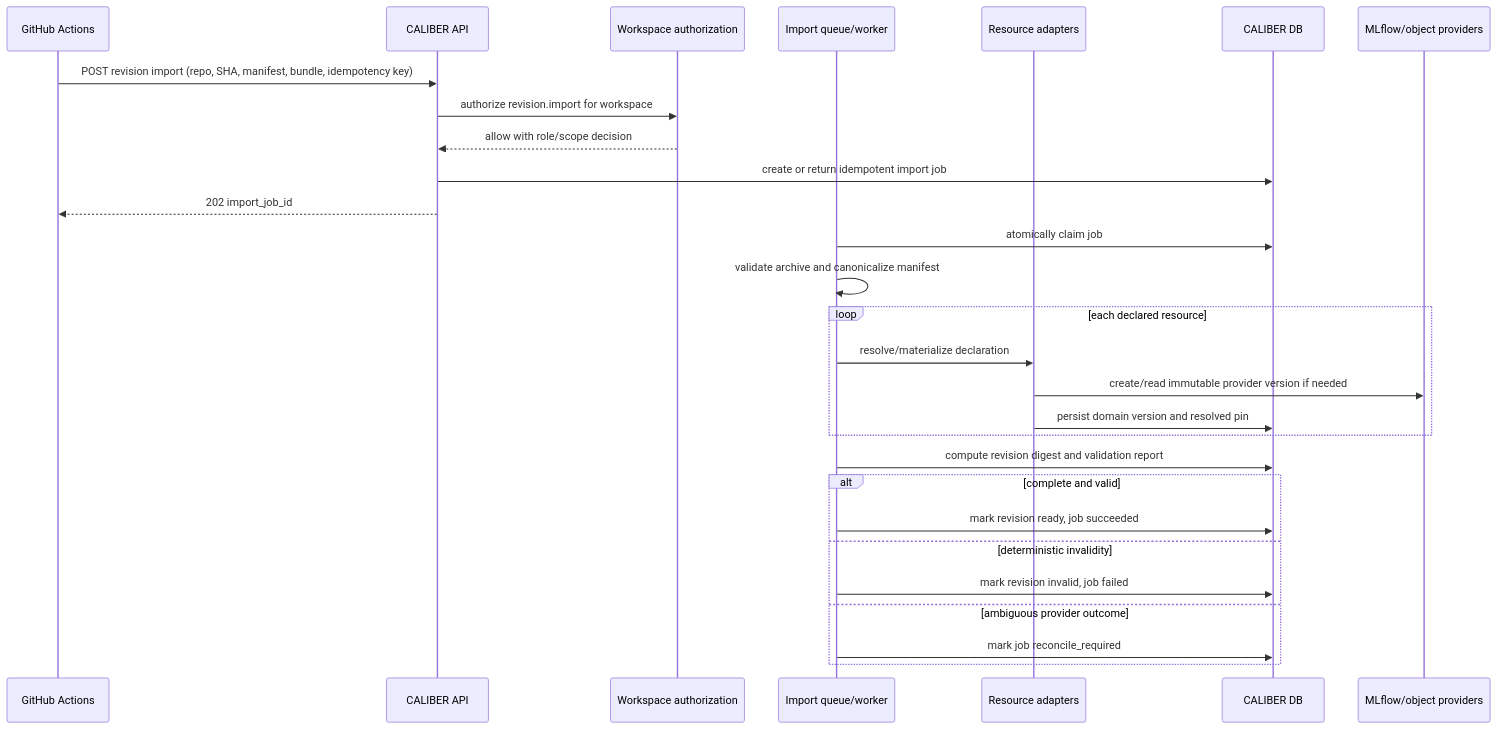
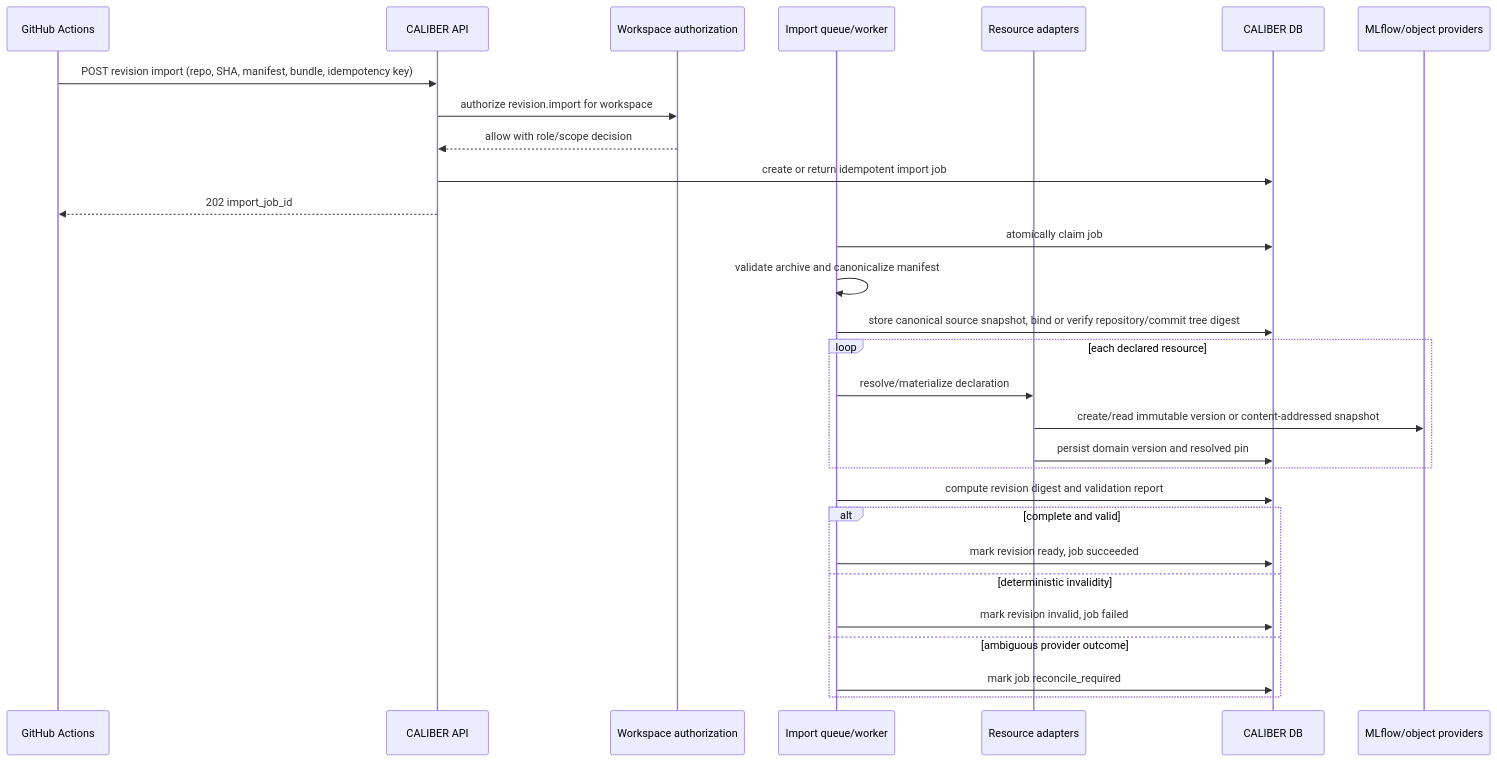
One commit to rrahimi-uci/caliber-suite changed the eighth of 12 diagrams in docs/workspace-plan.md. Above: the diagram before and after it, drawn with Mermaid. The commit also changed other lines of this file, not shown here.

````diff
--- a/docs/workspace-plan.md
+++ b/docs/workspace-plan.md
@@ -1538,31 +1851,32 @@
 ```mermaid
 sequenceDiagram
     participant GH as GitHub Actions
     participant API as CALIBER API
     participant AZ as Workspace authorization
     participant IQ as Import queue/worker
     participant RA as Resource adapters
     participant DB as CALIBER DB
     participant P as MLflow/object providers
 
     GH->>API: POST revision import (repo, SHA, manifest, bundle, idempotency key)
     API->>AZ: authorize revision.import for workspace
     AZ-->>API: allow with role/scope decision
     API->>DB: create or return idempotent import job
     API-->>GH: 202 import_job_id
     IQ->>DB: atomically claim job
     IQ->>IQ: validate archive and canonicalize manifest
+    IQ->>DB: store canonical source snapshot, bind or verify repository/commit tree digest
     loop each declared resource
         IQ->>RA: resolve/materialize declaration
-        RA->>P: create/read immutable provider version if needed
+        RA->>P: create/read immutable version or content-addressed snapshot
         RA->>DB: persist domain version and resolved pin
     end
     IQ->>DB: compute revision digest and validation report
     alt complete and valid
         IQ->>DB: mark revision ready, job succeeded
     else deterministic invalidity
         IQ->>DB: mark revision invalid, job failed
     else ambiguous provider outcome
         IQ->>DB: mark job reconcile_required
     end
 ```
````
